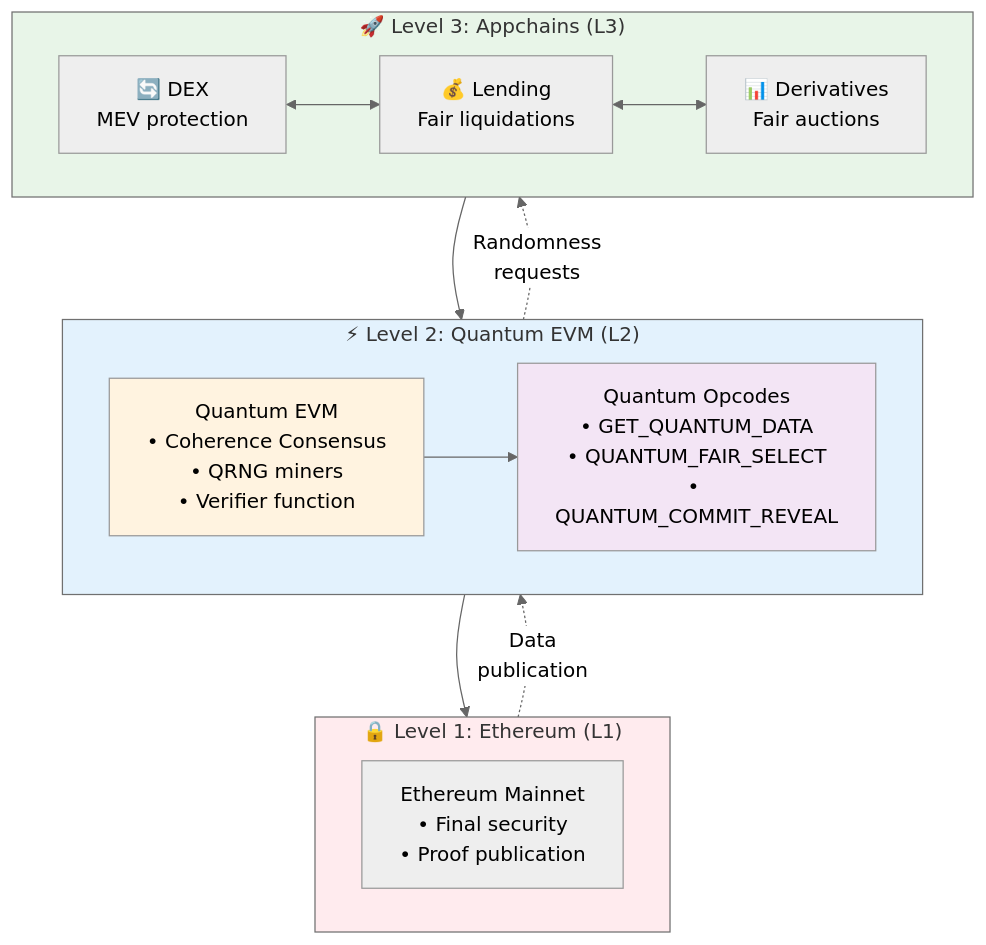
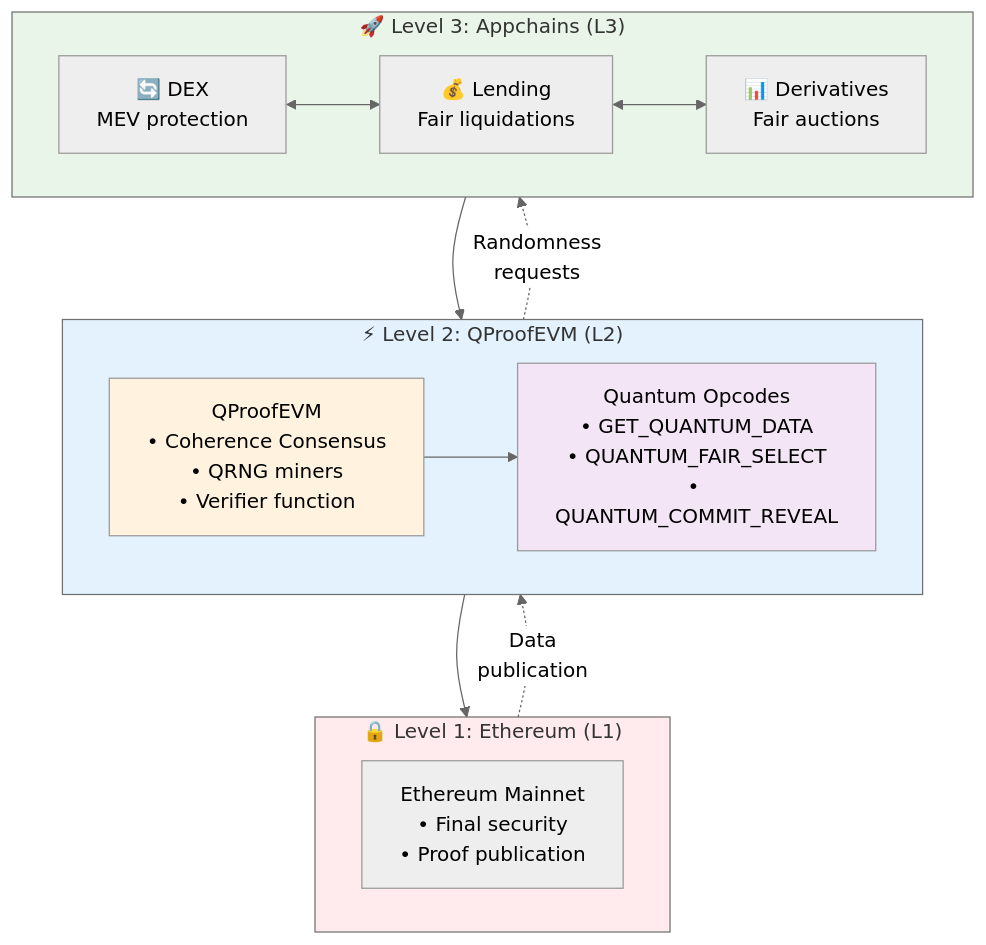
One commit to andreykobal/Quantum-EVM changed the third of 3 diagrams in README.md. Above: the diagram before and after it, drawn with Mermaid (neutral theme). The commit also changed other lines of this file, not shown here.

````diff
--- a/README.md
+++ b/README.md
@@ -391,33 +391,33 @@
 ```mermaid
 graph TB
     subgraph L1 ["🔒 Level 1: Ethereum (L1)"]
         ETH["Ethereum Mainnet<br/>• Final security<br/>• Proof publication"]
     end
 
-    subgraph L2 ["⚡ Level 2: Quantum EVM (L2)"]
-        QEVM["Quantum EVM<br/>• Coherence Consensus<br/>• QRNG miners<br/>• Verifier function"]
+    subgraph L2 ["⚡ Level 2: QProofEVM (L2)"]
+        QEVM["QProofEVM<br/>• Coherence Consensus<br/>• QRNG miners<br/>• Verifier function"]
         OPCODES["Quantum Opcodes<br/>• GET_QUANTUM_DATA<br/>• QUANTUM_FAIR_SELECT<br/>• QUANTUM_COMMIT_REVEAL"]
     end
 
     subgraph L3 ["🚀 Level 3: Appchains (L3)"]
         DEX["🔄 DEX<br/>MEV protection"]
         LENDING["💰 Lending<br/>Fair liquidations"]
         DERIV["📊 Derivatives<br/>Fair auctions"]
     end
 
     L3 --> L2
     L2 --> L1
 
     QEVM --> OPCODES
     DEX <--> LENDING
     LENDING <--> DERIV
 
     L2 -.->|"Randomness<br/>requests"| L3
     L1 -.->|"Data<br/>publication"| L2
 
     style L1 fill:#ffebee
     style L2 fill:#e3f2fd
     style L3 fill:#e8f5e8
     style QEVM fill:#fff3e0
     style OPCODES fill:#f3e5f5
 ```
````
